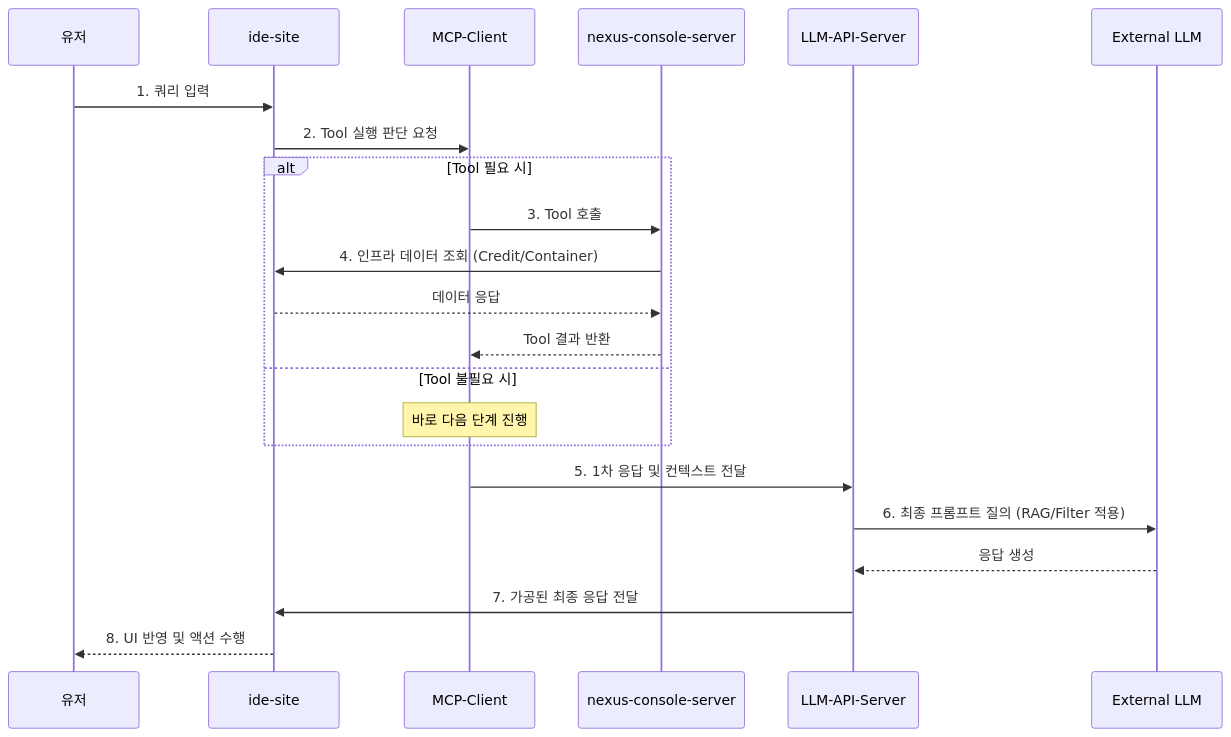
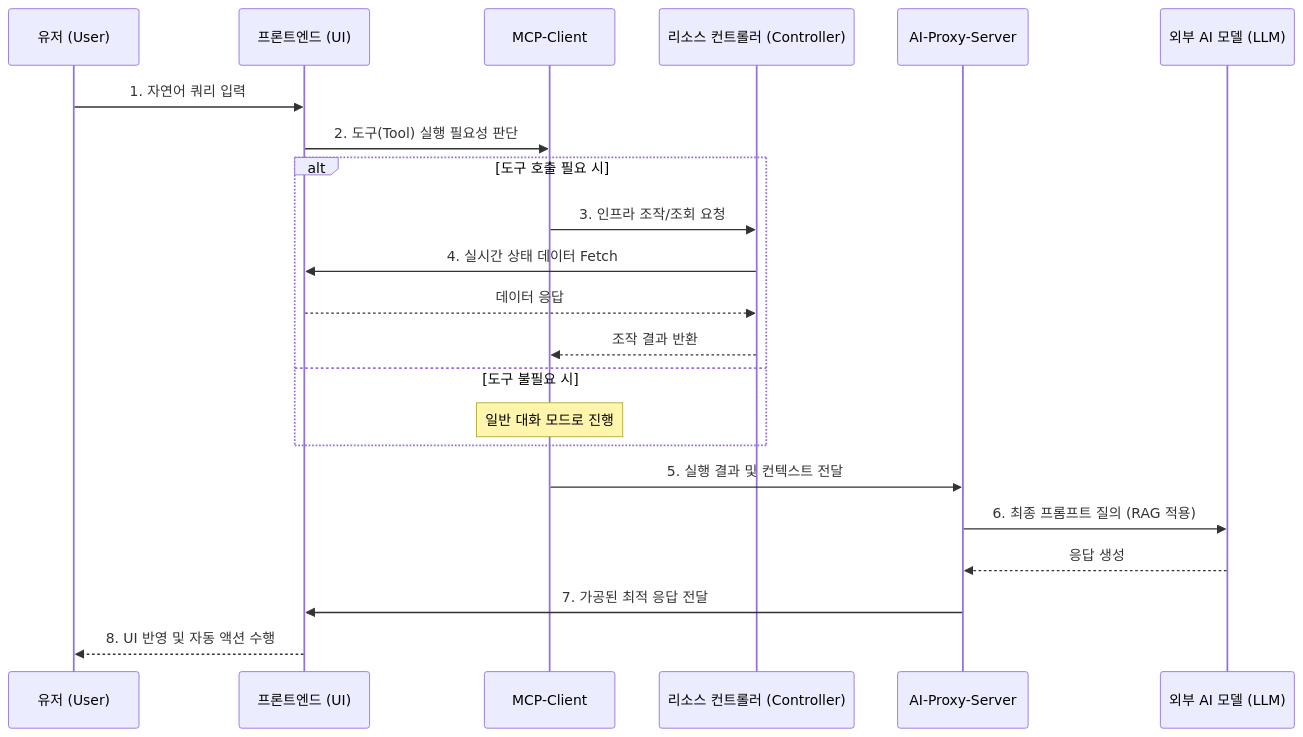
One commit to Hyun-git/Hyun-git.github.io changed the diagram in projects/mcp.md. Above: the diagram before and after it, drawn with Mermaid. The commit also changed other lines of this file and 1 other file, not shown here.

```diff
--- a/projects/mcp.md
+++ b/projects/mcp.md
@@ -27,27 +27,27 @@
       <div class="mermaid">
       sequenceDiagram
-          participant User as 유저
-          participant IDE as ide-site
+          participant User as 유저 (User)
+          participant Frontend as 프론트엔드 (UI)
           participant MCPClient as MCP-Client
-          participant MCPServer as nexus-console-server
-          participant LLMAPI as LLM-API-Server
-          participant LLM as External LLM
+          participant Controller as 리소스 컨트롤러 (Controller)
+          participant AIProxy as AI-Proxy-Server
+          participant LLM as 외부 AI 모델 (LLM)
 
-          User->>IDE: 1. 쿼리 입력
-          IDE->>MCPClient: 2. Tool 실행 판단 요청
+          User->>Frontend: 1. 자연어 쿼리 입력
+          Frontend->>MCPClient: 2. 도구(Tool) 실행 필요성 판단
           
-          alt Tool 필요 시
-              MCPClient->>MCPServer: 3. Tool 호출
-              MCPServer->>IDE: 4. 인프라 데이터 조회 (Credit/Container)
-              IDE-->>MCPServer: 데이터 응답
-              MCPServer-->>MCPClient: Tool 결과 반환
-          else Tool 불필요 시
-              Note over MCPClient: 바로 다음 단계 진행
+          alt 도구 호출 필요 시
+              MCPClient->>Controller: 3. 인프라 조작/조회 요청
+              Controller->>Frontend: 4. 실시간 상태 데이터 Fetch
+              Frontend-->>Controller: 데이터 응답
+              Controller-->>MCPClient: 조작 결과 반환
+          else 도구 불필요 시
+              Note over MCPClient: 일반 대화 모드로 진행
           end
 
-          MCPClient->>LLMAPI: 5. 1차 응답 및 컨텍스트 전달
-          LLMAPI->>LLM: 6. 최종 프롬프트 질의 (RAG/Filter 적용)
-          LLM-->>LLMAPI: 응답 생성
-          LLMAPI->>IDE: 7. 가공된 최종 응답 전달
-          IDE-->>User: 8. UI 반영 및 액션 수행
+          MCPClient->>AIProxy: 5. 실행 결과 및 컨텍스트 전달
+          AIProxy->>LLM: 6. 최종 프롬프트 질의 (RAG 적용)
+          LLM-->>AIProxy: 응답 생성
+          AIProxy->>Frontend: 7. 가공된 최적 응답 전달
+          Frontend-->>User: 8. UI 반영 및 자동 액션 수행
       </div>
```
